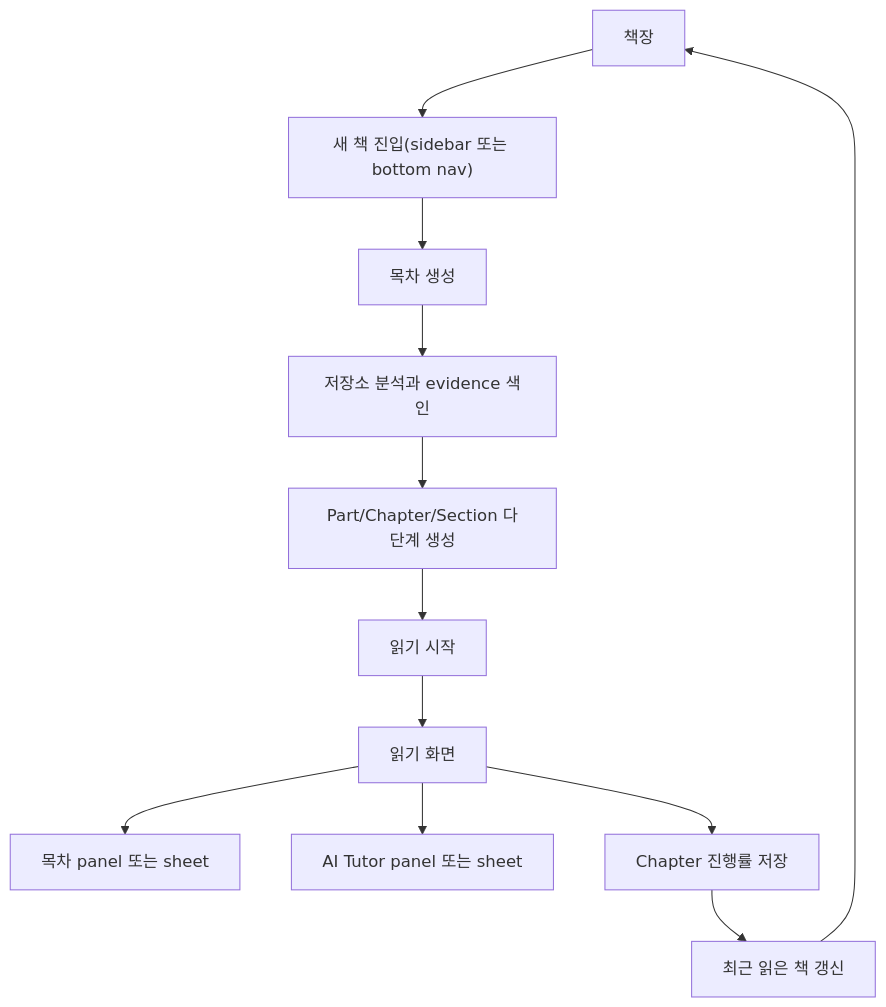
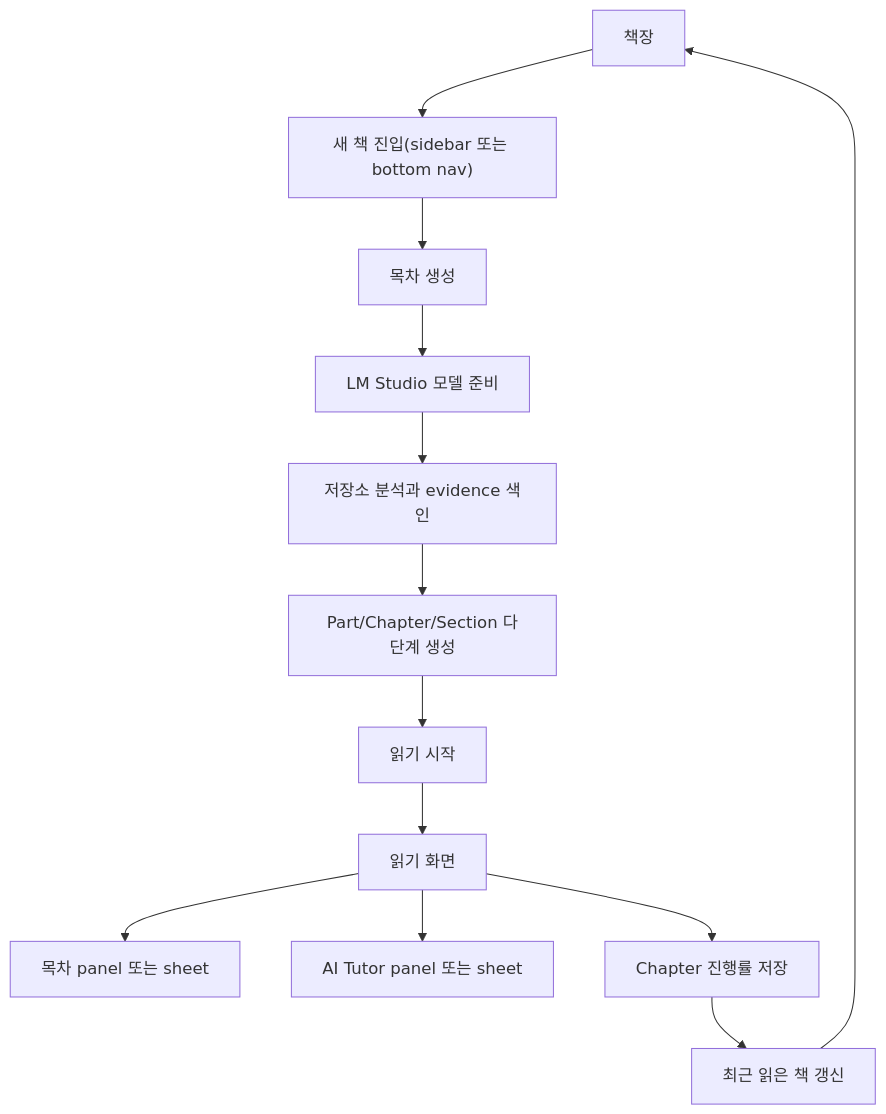
The diagram in docs/wireframes/apple-books-repo-books-flow.md (seobaeksol/repo-books), drawn with Mermaid before and after one commit. The commit also changed 26 other files, not shown here.

Commit message:
Update LM Studio generation flow docs

````diff
--- a/docs/wireframes/apple-books-repo-books-flow.md
+++ b/docs/wireframes/apple-books-repo-books-flow.md
@@ -105,14 +105,15 @@
 ```mermaid
 flowchart TD
   A["책장"] --> B["새 책 진입(sidebar 또는 bottom nav)"]
   B --> C["목차 생성"]
-  C --> D["저장소 분석과 evidence 색인"]
-  D --> E["Part/Chapter/Section 다단계 생성"]
-  E --> F["읽기 시작"]
-  F --> G["읽기 화면"]
-  G --> H["목차 panel 또는 sheet"]
-  G --> I["AI Tutor panel 또는 sheet"]
-  G --> J["Chapter 진행률 저장"]
-  J --> K["최근 읽은 책 갱신"]
+  C --> D["LM Studio 모델 준비"]
+  D --> E["저장소 분석과 evidence 색인"]
+  E --> F["Part/Chapter/Section 다단계 생성"]
+  F --> G["읽기 시작"]
+  G --> H["읽기 화면"]
+  H --> I["목차 panel 또는 sheet"]
+  H --> J["AI Tutor panel 또는 sheet"]
+  H --> L["Chapter 진행률 저장"]
+  L --> K["최근 읽은 책 갱신"]
   K --> A
 ```
````
